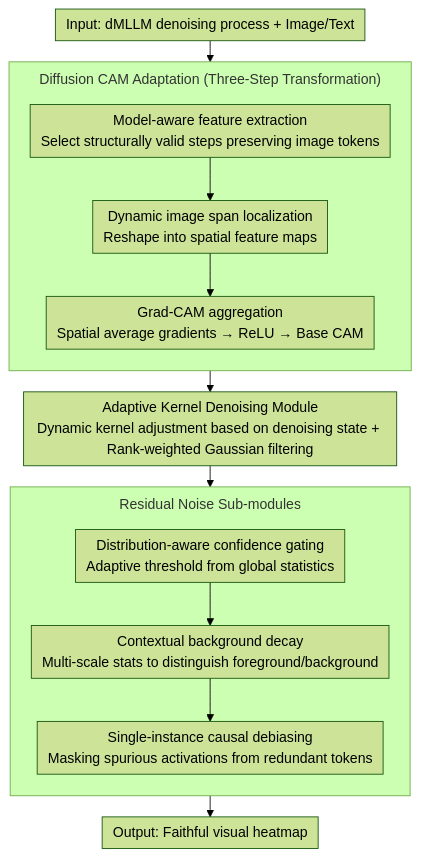
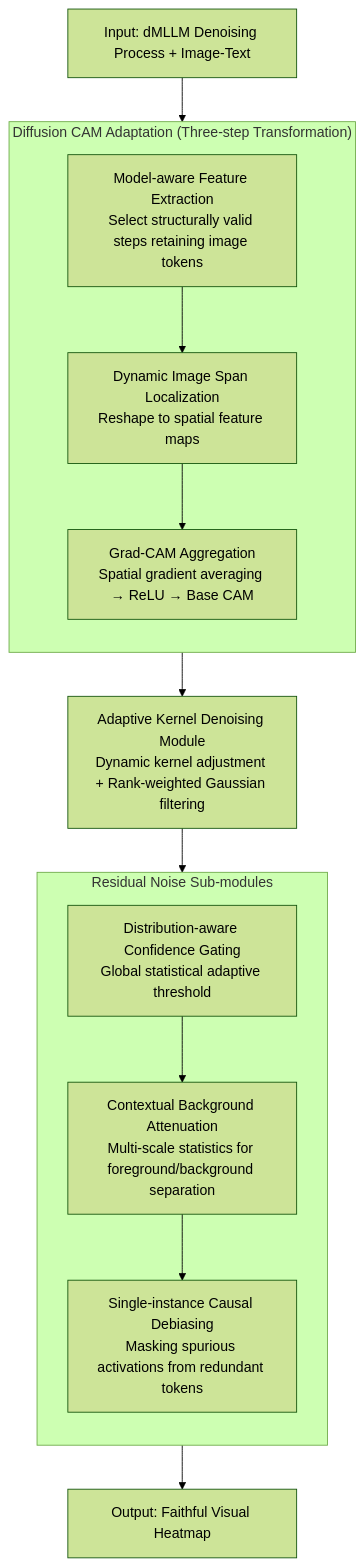
One commit to zhaoyang97/Paper-Notes-en changed the diagram in docs/ACL2026/interpretability/diffusion-cam_faithful_visual_explanations_for_dmllms.md. Above: the diagram before and after it, drawn with Mermaid (forest theme). The commit also changed other lines of this file and 5084 other files, not shown here.

````diff
--- a/docs/ACL2026/interpretability/diffusion-cam_faithful_visual_explanations_for_dmllms.md
+++ b/docs/ACL2026/interpretability/diffusion-cam_faithful_visual_explanations_for_dmllms.md
@@ -43,18 +43,17 @@
 ```mermaid
-%%{init: {'flowchart': {'rankSpacing': 24, 'nodeSpacing': 28, 'padding': 6, 'wrappingWidth': 400, 'subGraphTitleMargin': {'top': 8, 'bottom': 16}}}}%%
-flowchart TD
-    A["Input: dMLLM denoising process + Image/Text"] --> B
-    subgraph S1["Diffusion CAM Adaptation (Three-Step Transformation)"]
+graph TD
+    A["Input: dMLLM Denoising Process + Image-Text"] --> B
+    subgraph S1["Diffusion CAM Adaptation (Three-step Transformation)"]
         direction TB
-        B["Model-aware feature extraction<br/>Select structurally valid steps preserving image tokens"] --> C["Dynamic image span localization<br/>Reshape into spatial feature maps"]
-        C --> D["Grad-CAM aggregation<br/>Spatial average gradients → ReLU → Base CAM"]
+        B["Model-aware Feature Extraction<br/>Select structurally valid steps retaining image tokens"] --> C["Dynamic Image Span Localization<br/>Reshape to spatial feature maps"]
+        C --> D["Grad-CAM Aggregation<br/>Spatial gradient averaging → ReLU → Base CAM"]
     end
-    D --> E["Adaptive Kernel Denoising Module<br/>Dynamic kernel adjustment based on denoising state + Rank-weighted Gaussian filtering"]
+    D --> E["Adaptive Kernel Denoising Module<br/>Dynamic kernel adjustment + Rank-weighted Gaussian filtering"]
     subgraph S3["Residual Noise Sub-modules"]
         direction TB
-        F["Distribution-aware confidence gating<br/>Adaptive threshold from global statistics"] --> G["Contextual background decay<br/>Multi-scale stats to distinguish foreground/background"]
-        G --> H["Single-instance causal debiasing<br/>Masking spurious activations from redundant tokens"]
+        F["Distribution-aware Confidence Gating<br/>Global statistical adaptive threshold"] --> G["Contextual Background Attenuation<br/>Multi-scale statistics for foreground/background separation"]
+        G --> H["Single-instance Causal Debiasing<br/>Masking spurious activations from redundant tokens"]
     end
     E --> F
-    H --> I["Output: Faithful visual heatmap"]
+    H --> I["Output: Faithful Visual Heatmap"]
 ```
````
